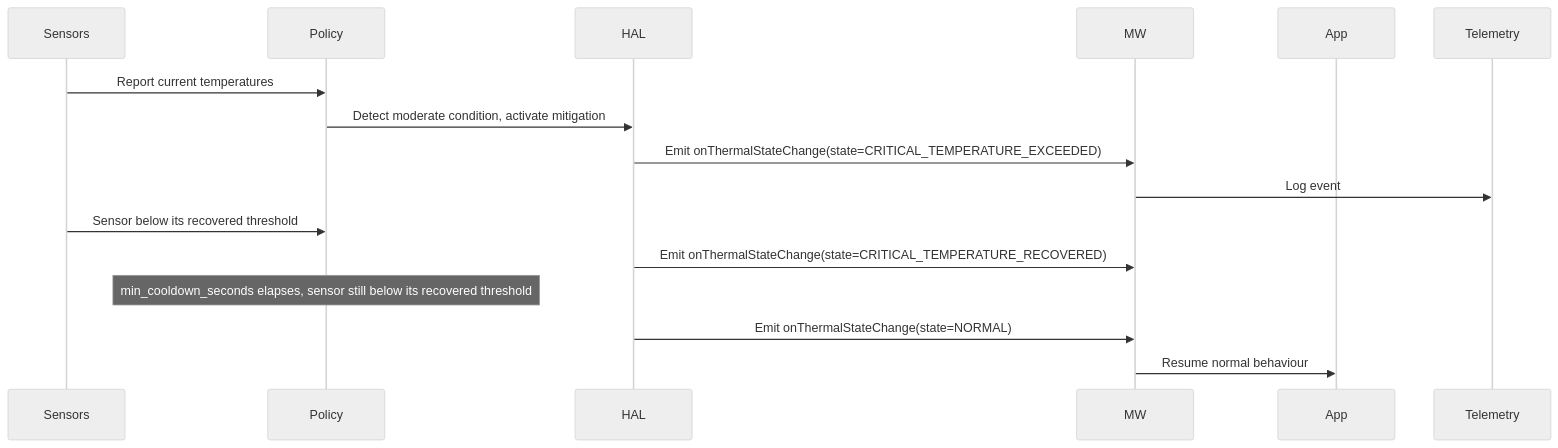
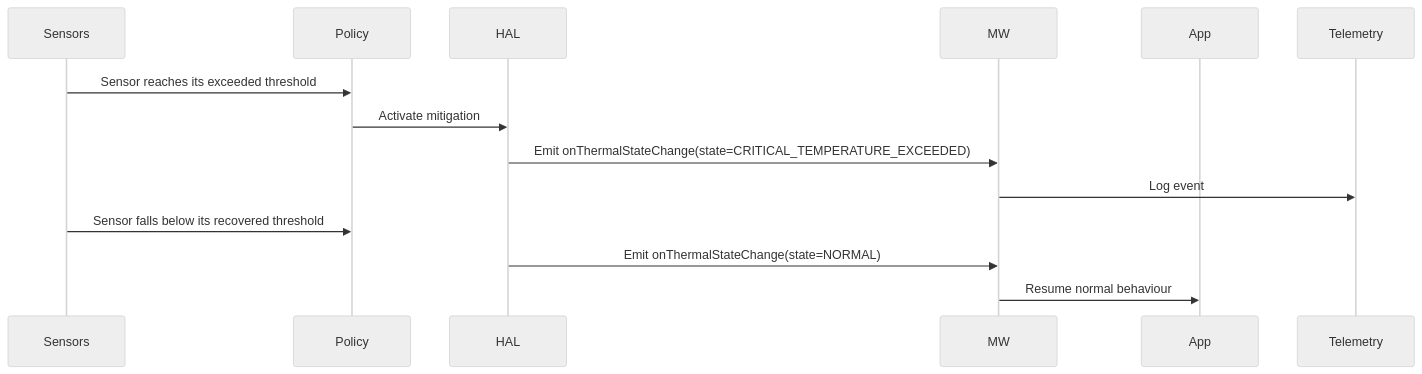
One commit to rdkcentral/rdk-halif-aidl changed the third of 6 diagrams in sensor/current/docs/thermal/thermal_sensor.md. Above: the diagram before and after it, drawn with Mermaid (neutral theme). The commit also changed other lines of this file and 3 other files, not shown here.

First line of the commit message:
docs(thermal): deprecate CRITICAL_TEMPERATURE_RECOVERED, cap state events per sensor (#846)

````diff
--- a/sensor/current/docs/thermal/thermal_sensor.md
+++ b/sensor/current/docs/thermal/thermal_sensor.md
@@ -229,18 +229,16 @@
 ```mermaid
 sequenceDiagram
     participant Sensors
     participant Policy
     participant HAL
     participant MW
     participant App
 
-    Sensors->>Policy: Report current temperatures
-    Policy->>HAL: Detect moderate condition, activate mitigation
+    Sensors->>Policy: Sensor reaches its exceeded threshold
+    Policy->>HAL: Activate mitigation
     HAL->>MW: Emit onThermalStateChange(state=CRITICAL_TEMPERATURE_EXCEEDED)
     MW->>Telemetry: Log event
-    Sensors->>Policy: Sensor below its recovered threshold
-    HAL->>MW: Emit onThermalStateChange(state=CRITICAL_TEMPERATURE_RECOVERED)
-    Note over Policy: min_cooldown_seconds elapses, sensor still below its recovered threshold
+    Sensors->>Policy: Sensor falls below its recovered threshold
     HAL->>MW: Emit onThermalStateChange(state=NORMAL)
     MW->>App: Resume normal behaviour
 ```
````
